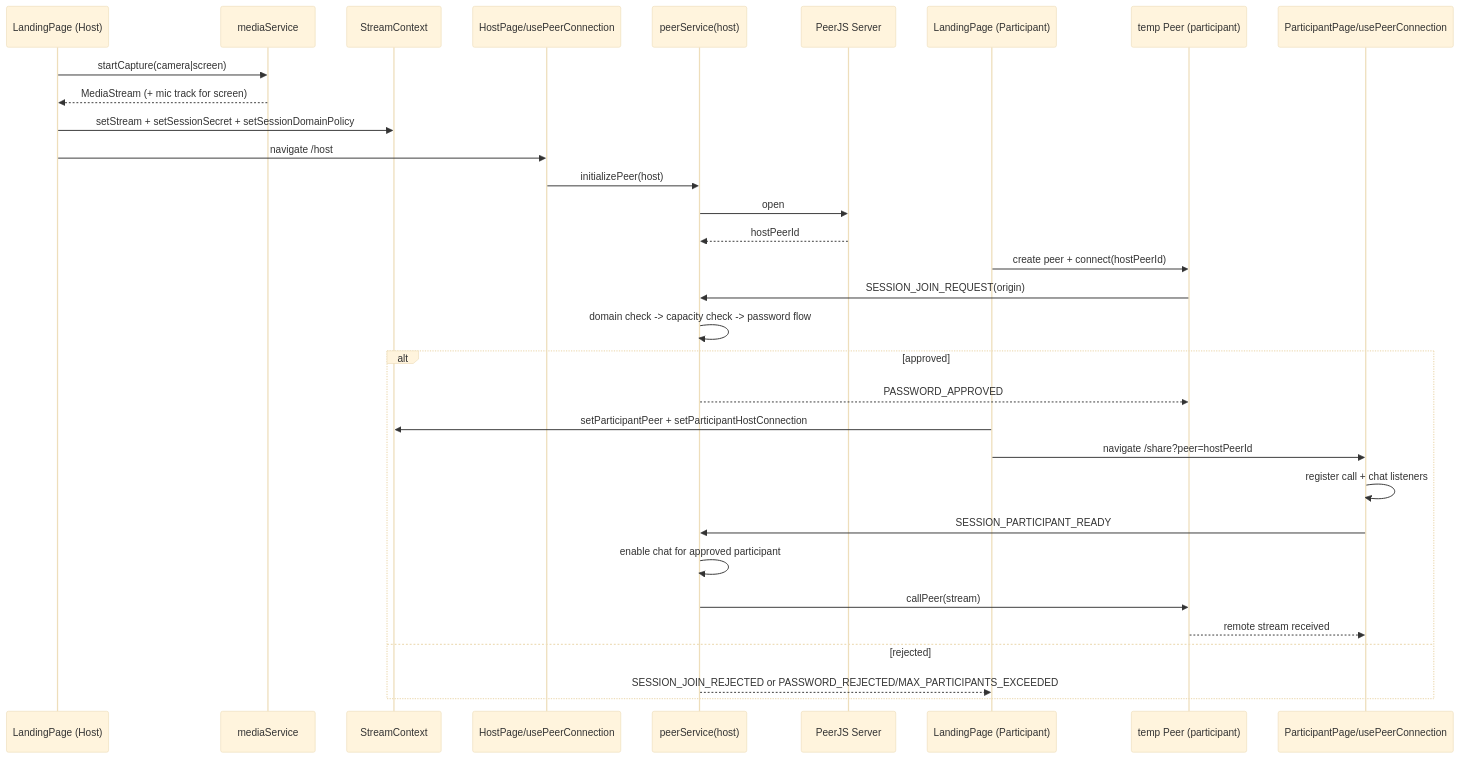
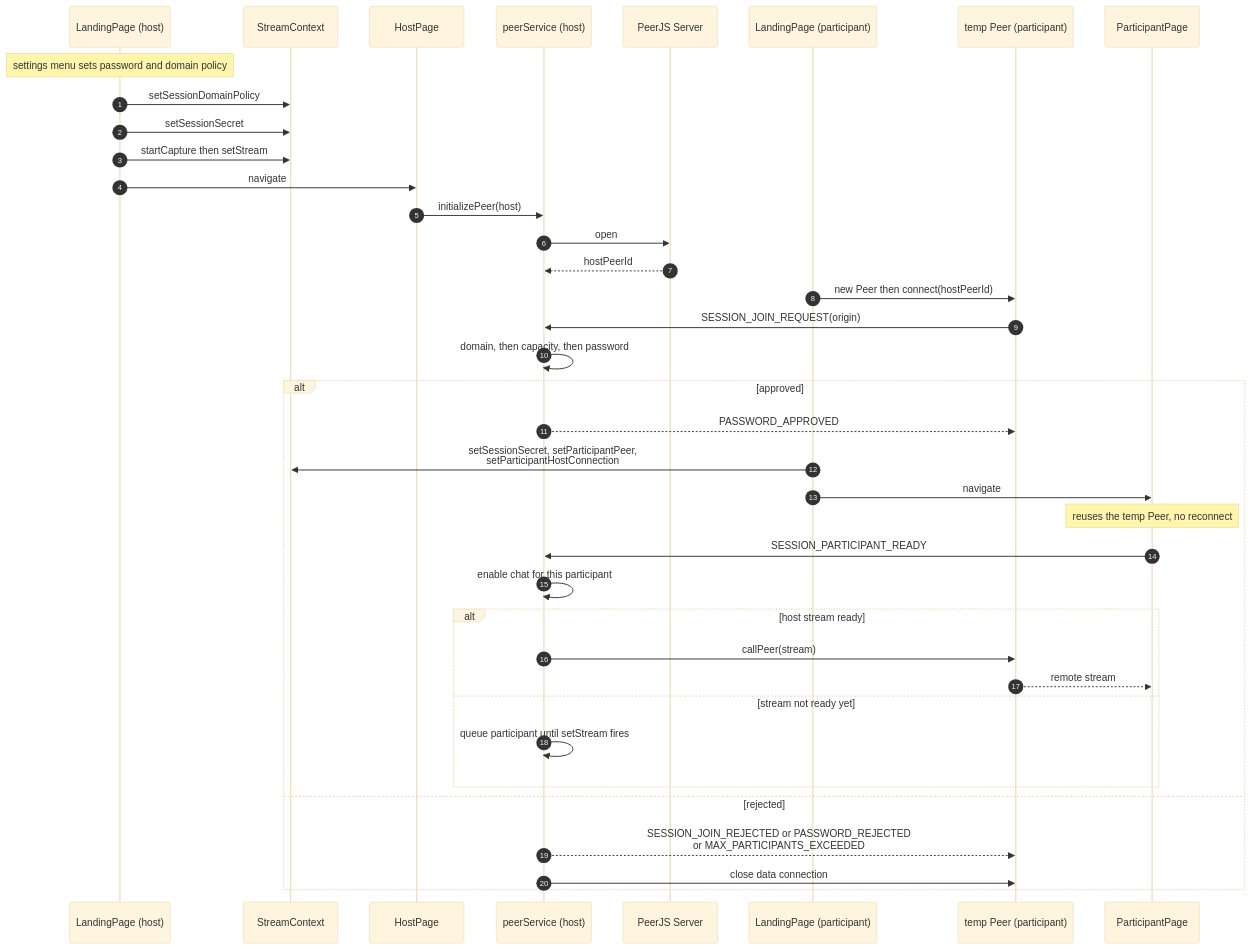
Before and after one commit to BackGwa/Perspective: the second of 8 diagrams in ARCHITECTURE.md, drawn with Mermaid (base theme). The commit also changed other lines of this file, not shown here.

First line of the commit message:
docs(architecture): correct diagrams and add state machines

````diff
--- a/ARCHITECTURE.md
+++ b/ARCHITECTURE.md
@@ -26,36 +42,43 @@
 ```mermaid
 sequenceDiagram
-    participant L as LandingPage (Host)
-    participant M as mediaService
+    autonumber
+    participant L as LandingPage (host)
     participant S as StreamContext
-    participant H as HostPage/usePeerConnection
-    participant P as peerService(host)
+    participant H as HostPage
+    participant P as peerService (host)
     participant J as PeerJS Server
-    participant PL as LandingPage (Participant)
+    participant PL as LandingPage (participant)
     participant TP as temp Peer (participant)
-    participant PP as ParticipantPage/usePeerConnection
+    participant PP as ParticipantPage
 
-    L->>M: startCapture(camera|screen)
-    M-->>L: MediaStream (+ mic track for screen)
-    L->>S: setStream + setSessionSecret + setSessionDomainPolicy
-    L->>H: navigate /host
+    Note over L: settings menu sets password and domain policy
+    L->>S: setSessionDomainPolicy
+    L->>S: setSessionSecret
+    L->>S: startCapture then setStream
+    L->>H: navigate #/host
     H->>P: initializePeer(host)
     P->>J: open
     J-->>P: hostPeerId
 
-    PL->>TP: create peer + connect(hostPeerId)
+    PL->>TP: new Peer then connect(hostPeerId)
     TP->>P: SESSION_JOIN_REQUEST(origin)
-    P->>P: domain check -> capacity check -> password flow
+    P->>P: domain, then capacity, then password
+
     alt approved
         P-->>TP: PASSWORD_APPROVED
-        PL->>S: setParticipantPeer + setParticipantHostConnection
-        PL->>PP: navigate /share?peer=hostPeerId
-        PP->>PP: register call + chat listeners
+        PL->>S: setSessionSecret, setParticipantPeer,<br/>setParticipantHostConnection
+        PL->>PP: navigate #/share?peer=hostPeerId
+        Note over PP: reuses the temp Peer, no reconnect
         PP->>P: SESSION_PARTICIPANT_READY
-        P->>P: enable chat for approved participant
-        P->>TP: callPeer(stream)
-        TP-->>PP: remote stream received
+        P->>P: enable chat for this participant
+        alt host stream ready
+            P->>TP: callPeer(stream)
+            TP-->>PP: remote stream
+        else stream not ready yet
+            P->>P: queue participant until setStream fires
+        end
     else rejected
-        P-->>PL: SESSION_JOIN_REJECTED or PASSWORD_REJECTED/MAX_PARTICIPANTS_EXCEEDED
+        P-->>TP: SESSION_JOIN_REJECTED or PASSWORD_REJECTED<br/>or MAX_PARTICIPANTS_EXCEEDED
+        P->>TP: close data connection
     end
 ```
````
